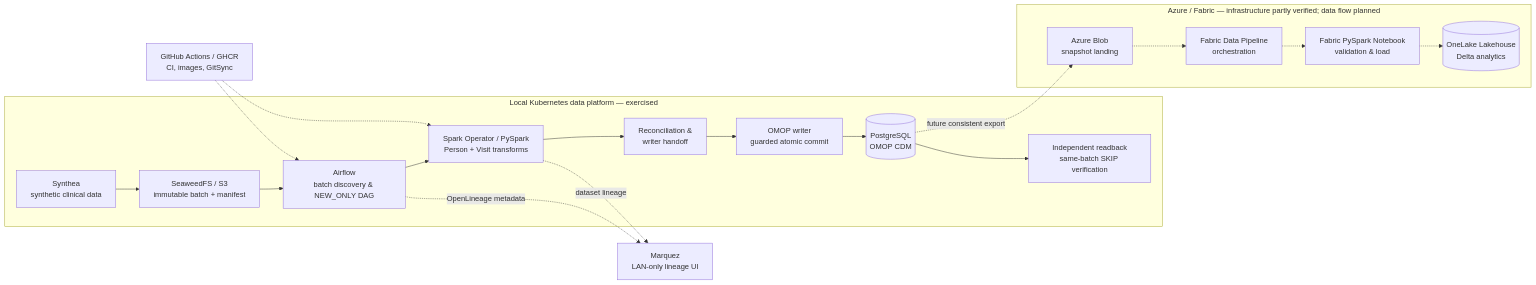
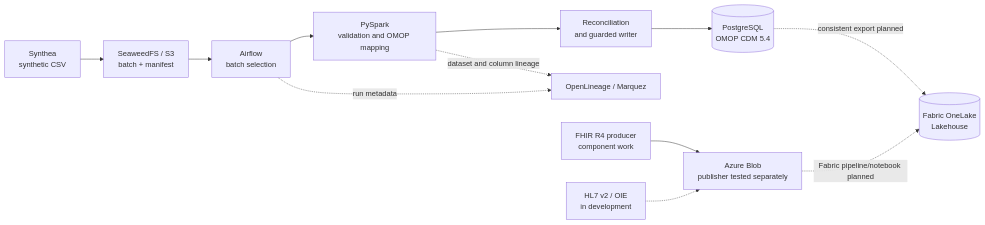
One commit to JohnZhang-DataForge/healthcare-data-platform changed the diagram in README.md. Above: the diagram before and after it, drawn with Mermaid. The commit also changed other lines of this file, not shown here.

````diff
--- a/README.md
+++ b/README.md
@@ -29,27 +26,16 @@
 ```mermaid
 flowchart LR
-    subgraph LOCAL["Local Kubernetes data platform — exercised"]
-        S["Synthea<br/>synthetic clinical data"] --> L["SeaweedFS / S3<br/>immutable batch + manifest"]
-        L --> A["Airflow<br/>batch discovery & NEW_ONLY DAG"]
-        A --> P["Spark Operator / PySpark<br/>Person + Visit transforms"]
-        P --> Q["Reconciliation &<br/>writer handoff"]
-        Q --> W["OMOP writer<br/>guarded atomic commit"]
-        W --> PG[("PostgreSQL<br/>OMOP CDM")]
-        PG --> V["Independent readback<br/>same-batch SKIP verification"]
-    end
-    A -. "OpenLineage metadata" .-> M["Marquez<br/>LAN-only lineage UI"]
-    P -. "dataset lineage" .-> M
-    G["GitHub Actions / GHCR<br/>CI, images, GitSync"] -.-> A
-    G -.-> P
+    S["Synthea<br/>synthetic CSV"] --> L["SeaweedFS / S3<br/>batch + manifest"]
+    L --> A["Airflow<br/>batch selection"]
+    A --> P["PySpark<br/>validation and OMOP mapping"]
+    P --> R["Reconciliation<br/>and guarded writer"]
+    R --> D[("PostgreSQL<br/>OMOP CDM 5.4")]
 
-    subgraph CLOUD["Azure / Fabric — infrastructure partly verified; data flow planned"]
-        B["Azure Blob<br/>snapshot landing"]
-        F["Fabric Data Pipeline<br/>orchestration"]
-        N["Fabric PySpark Notebook<br/>validation & load"]
-        O[("OneLake Lakehouse<br/>Delta analytics")]
-        B -.-> F
-        F -.-> N
-        N -.-> O
-    end
-    PG -. "future consistent export" .-> B
+    A -. "run metadata" .-> M["OpenLineage / Marquez"]
+    P -. "dataset and column lineage" .-> M
+
+    F["FHIR R4 producer<br/>component work"] --> B["Azure Blob<br/>publisher tested separately"]
+    H["HL7 v2 / OIE<br/>in development"] -.-> B
+    D -. "consistent export planned" .-> C[("Fabric OneLake<br/>Lakehouse")]
+    B -. "Fabric pipeline/notebook planned" .-> C
 ```
````
